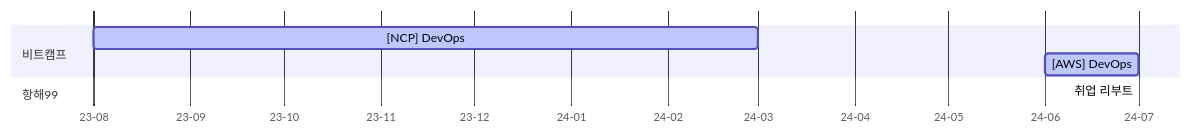
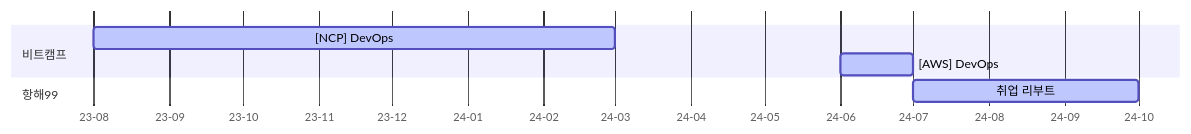
Before and after one commit to ssomal62/ssomal62.github.io: the diagram in content/devl/_index.md, drawn with Mermaid. The commit also changed other lines of this file and 4 other files, not shown here.

```diff
--- a/content/devl/_index.md
+++ b/content/devl/_index.md
@@ -15,11 +15,11 @@
 {{< mermaid >}}
 gantt
 dateFormat  YY-MM
 axisFormat  %y-%m
 section 비트캠프
 [NCP] DevOps :active, 23-08, 24-03
 section 비트캠프
 [AWS] DevOps :active, 24-06, 24-07
 section 항해99
-취업 리부트 :active, 24-07, 24-07
+취업 리부트 :active, 24-07, 24-10
 {{< /mermaid >}}
```
